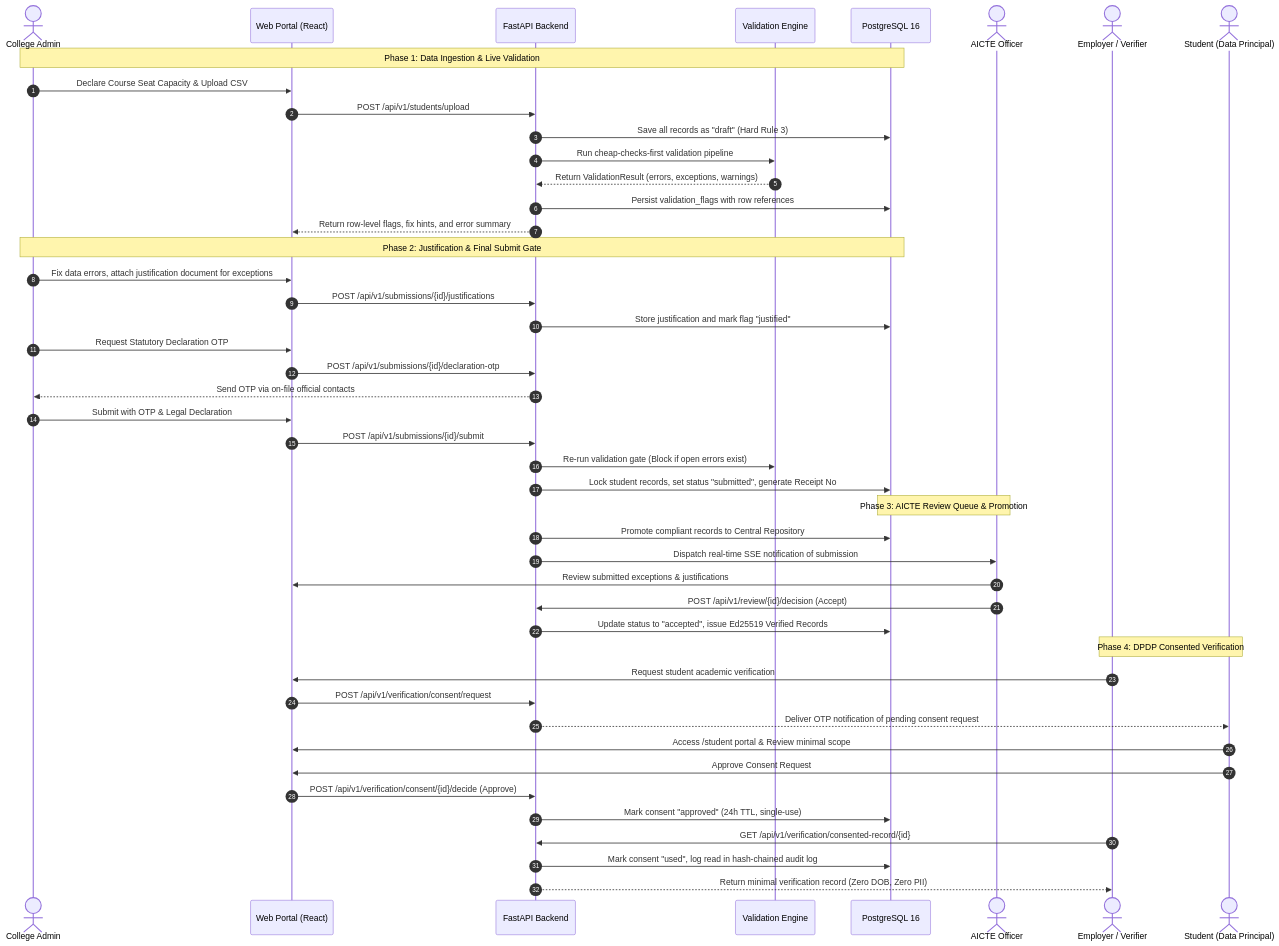
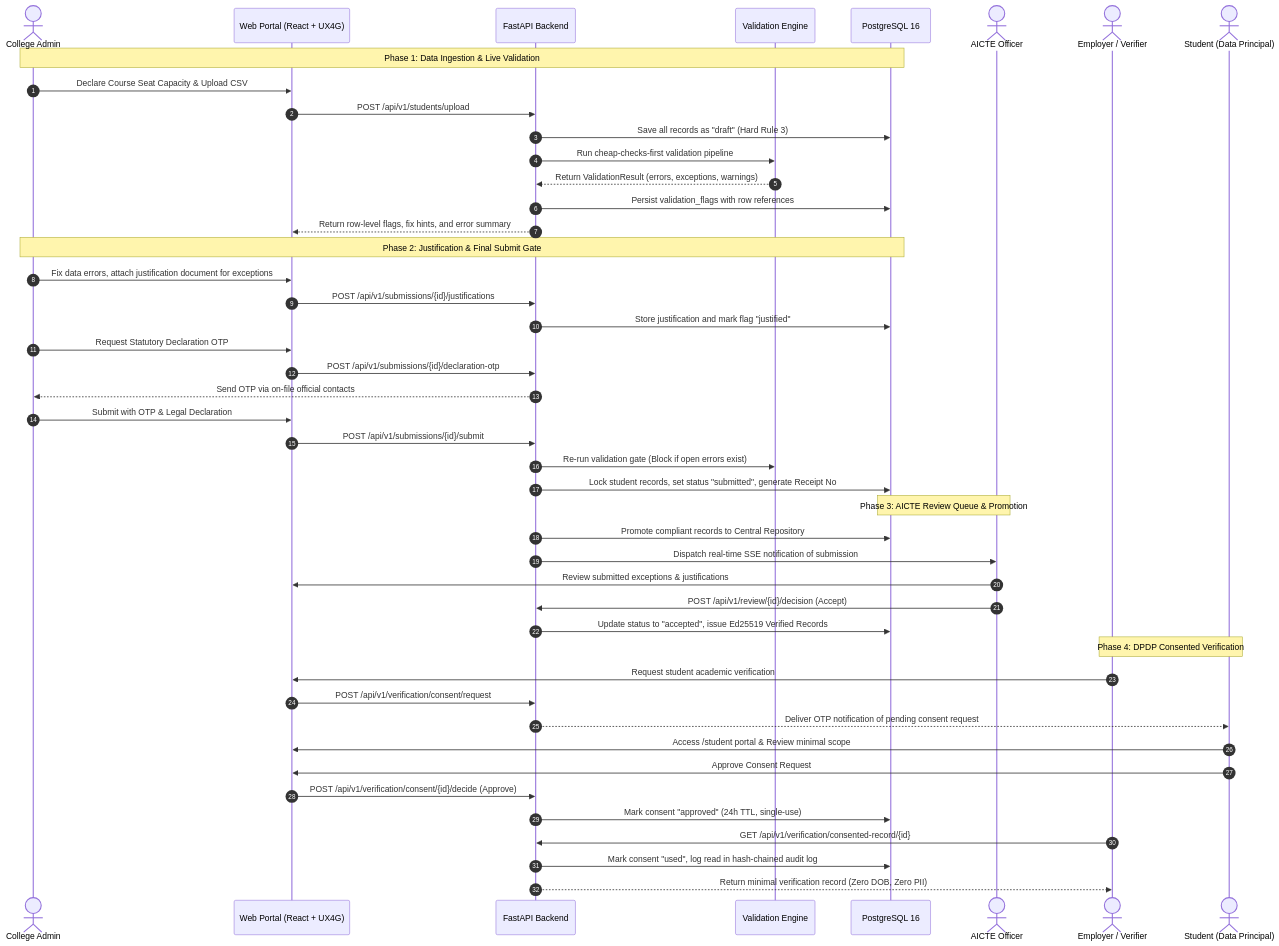
One commit to Mohit-KrSingh/sih2026 changed the second of 2 diagrams in docs/ARCHITECTURE.md. Above: the diagram before and after it, drawn with Mermaid. The commit also changed other lines of this file and 36 other files, not shown here.

````diff
--- a/docs/ARCHITECTURE.md
+++ b/docs/ARCHITECTURE.md
@@ -69,52 +69,52 @@
 ```mermaid
 sequenceDiagram
     autonumber
     actor College as College Admin
-    participant Frontend as Web Portal (React)
+    participant Frontend as Web Portal (React + UX4G)
     participant API as FastAPI Backend
     participant Engine as Validation Engine
     participant DB as PostgreSQL 16
     actor AICTE as AICTE Officer
     actor Verifier as Employer / Verifier
     actor Student as Student (Data Principal)
 
     Note over College,DB: Phase 1: Data Ingestion & Live Validation
     College->>Frontend: Declare Course Seat Capacity & Upload CSV
     Frontend->>API: POST /api/v1/students/upload
     API->>DB: Save all records as "draft" (Hard Rule 3)
     API->>Engine: Run cheap-checks-first validation pipeline
     Engine-->>API: Return ValidationResult (errors, exceptions, warnings)
     API->>DB: Persist validation_flags with row references
     API-->>Frontend: Return row-level flags, fix hints, and error summary
 
     Note over College,DB: Phase 2: Justification & Final Submit Gate
     College->>Frontend: Fix data errors, attach justification document for exceptions
     Frontend->>API: POST /api/v1/submissions/{id}/justifications
     API->>DB: Store justification and mark flag "justified"
     College->>Frontend: Request Statutory Declaration OTP
     Frontend->>API: POST /api/v1/submissions/{id}/declaration-otp
     API-->>College: Send OTP via on-file official contacts
     College->>Frontend: Submit with OTP & Legal Declaration
     Frontend->>API: POST /api/v1/submissions/{id}/submit
     API->>Engine: Re-run validation gate (Block if open errors exist)
     API->>DB: Lock student records, set status "submitted", generate Receipt No
 
     Note over AICTE,DB: Phase 3: AICTE Review Queue & Promotion
     API->>DB: Promote compliant records to Central Repository
     API->>AICTE: Dispatch real-time SSE notification of submission
     AICTE->>Frontend: Review submitted exceptions & justifications
     AICTE->>API: POST /api/v1/review/{id}/decision (Accept)
     API->>DB: Update status to "accepted", issue Ed25519 Verified Records
 
     Note over Verifier,Student: Phase 4: DPDP Consented Verification
     Verifier->>Frontend: Request student academic verification
     Frontend->>API: POST /api/v1/verification/consent/request
     API-->>Student: Deliver OTP notification of pending consent request
     Student->>Frontend: Access /student portal & Review minimal scope
     Student->>Frontend: Approve Consent Request
     Frontend->>API: POST /api/v1/verification/consent/{id}/decide (Approve)
     API->>DB: Mark consent "approved" (24h TTL, single-use)
     Verifier->>API: GET /api/v1/verification/consented-record/{id}
     API->>DB: Mark consent "used", log read in hash-chained audit log
     API-->>Verifier: Return minimal verification record (Zero DOB, Zero PII)
 ```
````
